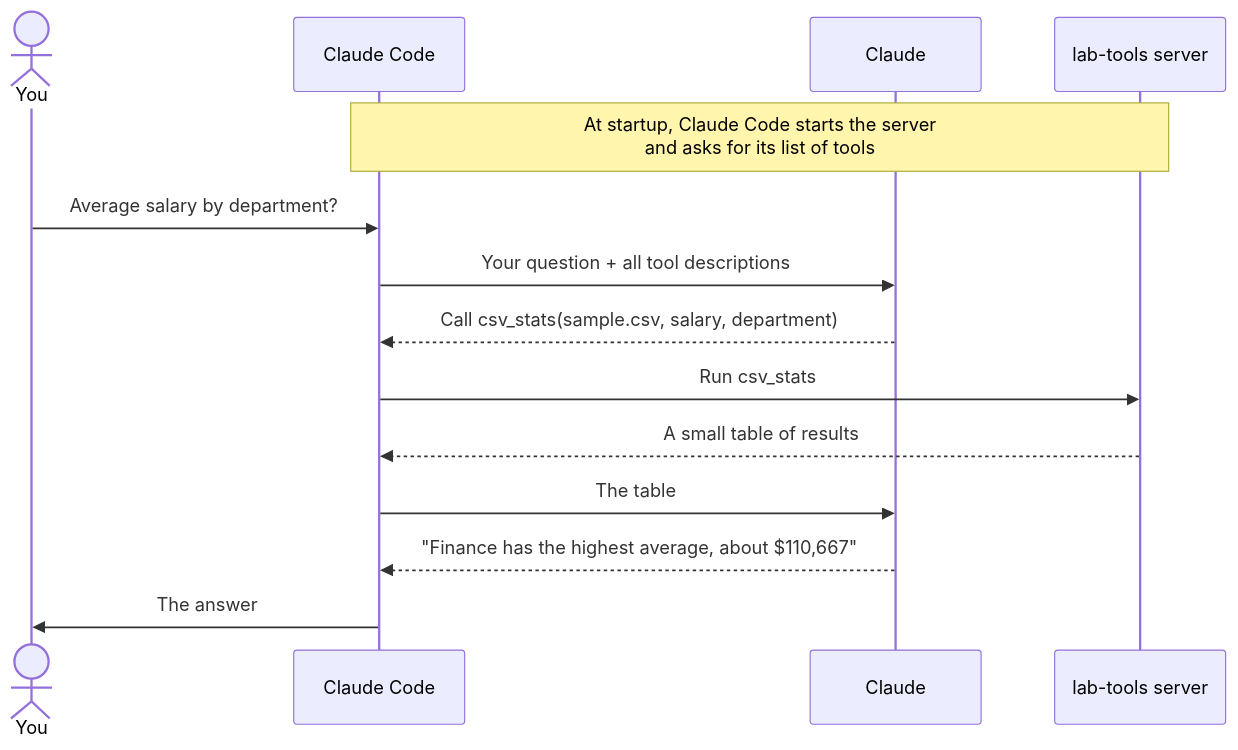
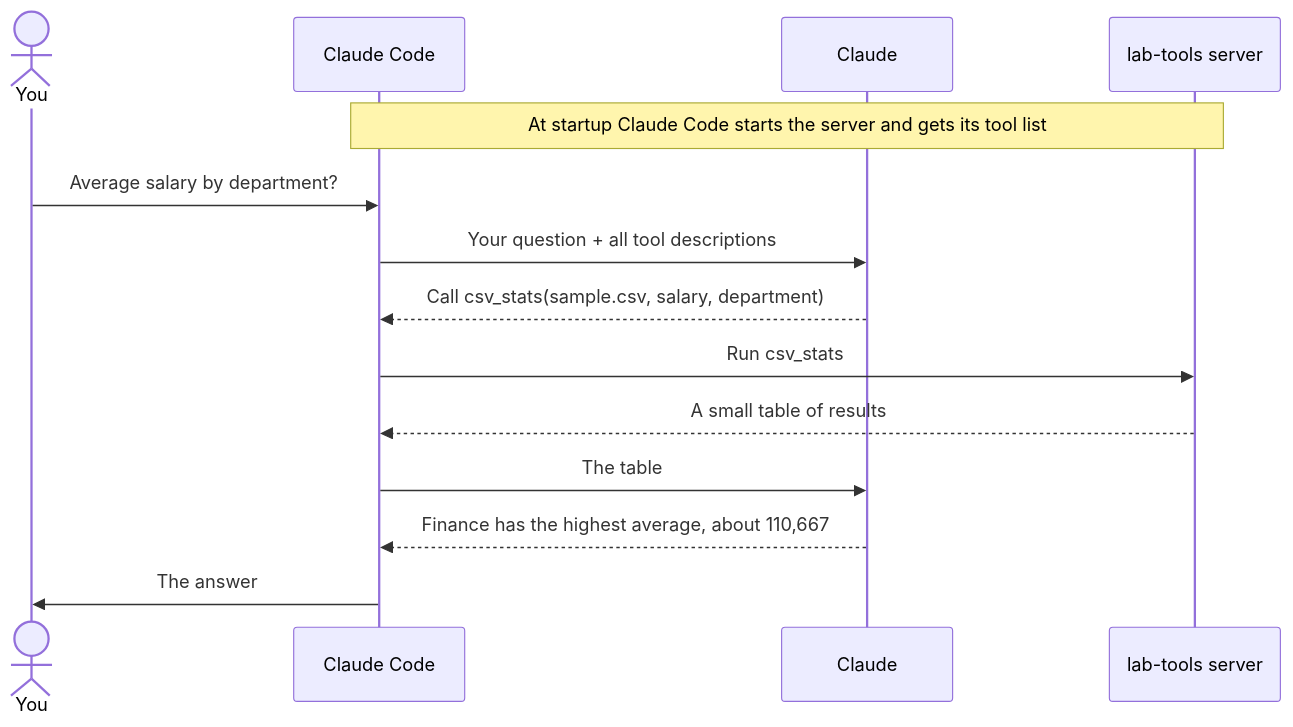
The seventh of 10 diagrams in docs/INTRO-TO-AGENTS.md (iportilla/agents), drawn with Mermaid before and after one commit. The commit also changed other lines of this file, not shown here.

First line of the commit message:
Make the intro guide's diagrams readable in Typora

````diff
--- a/docs/INTRO-TO-AGENTS.md
+++ b/docs/INTRO-TO-AGENTS.md
@@ -269,17 +263,17 @@
 ```mermaid
 sequenceDiagram
     actor You
     participant CC as Claude Code
     participant M as Claude
     participant S as lab-tools server
 
-    Note over CC,S: At startup, Claude Code starts the server<br/>and asks for its list of tools
+    Note over CC,S: At startup Claude Code starts the server and gets its tool list
     You->>CC: Average salary by department?
     CC->>M: Your question + all tool descriptions
     M-->>CC: Call csv_stats(sample.csv, salary, department)
     CC->>S: Run csv_stats
     S-->>CC: A small table of results
     CC->>M: The table
-    M-->>CC: "Finance has the highest average, about $110,667"
+    M-->>CC: Finance has the highest average, about 110,667
     CC->>You: The answer
 ```
````
